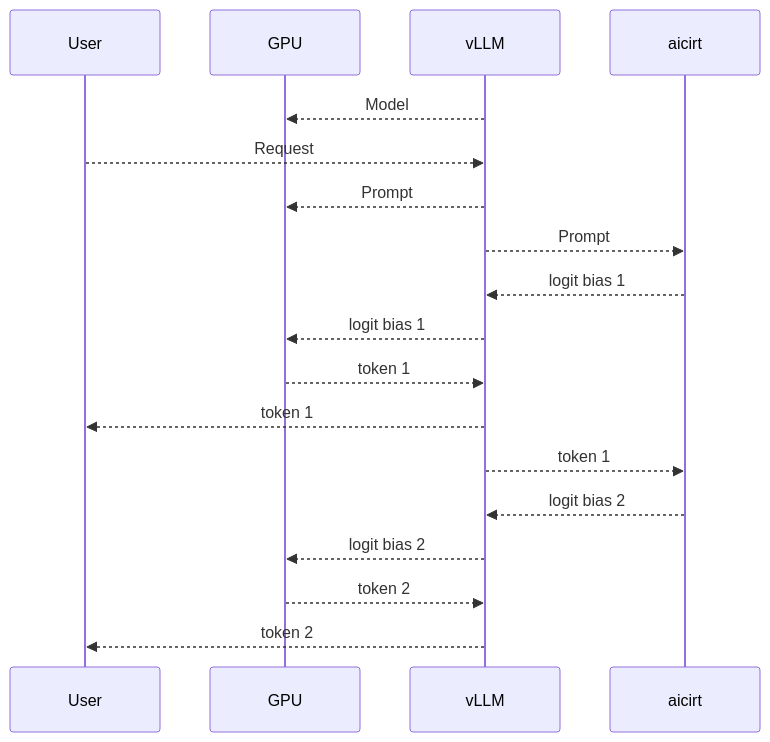
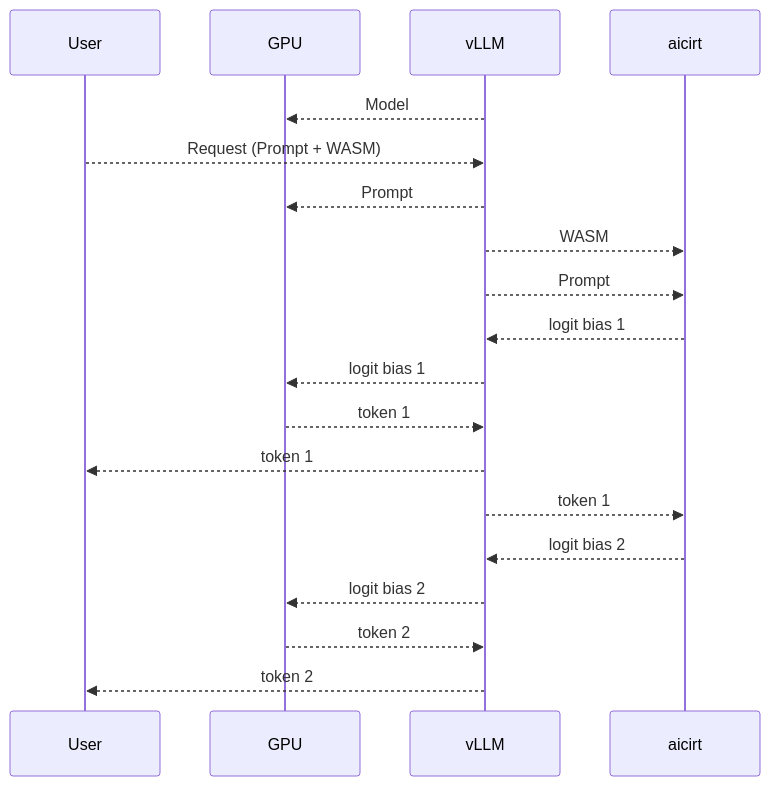
Before and after one commit to microsoft/aici: the second of 2 diagrams in README.md, drawn with Mermaid.

Commit message:
update diagram

````diff
--- a/README.md
+++ b/README.md
@@ -60,20 +60,21 @@
 ```mermaid
 sequenceDiagram
     participant User
     participant GPU
     participant vLLM
     participant aicirt
     vLLM -->> GPU: Model
-    User -->> vLLM: Request
+    User -->> vLLM: Request (Prompt + WASM)
     vLLM -->> GPU: Prompt
+    vLLM -->> aicirt: WASM
     vLLM -->> aicirt: Prompt
     aicirt -->> vLLM: logit bias 1
     vLLM -->> GPU: logit bias 1
     GPU -->> vLLM: token 1
     vLLM -->> User: token 1
     vLLM -->> aicirt: token 1
     aicirt -->> vLLM: logit bias 2
     vLLM -->> GPU: logit bias 2
     GPU -->> vLLM: token 2
     vLLM -->> User: token 2
 ```
````
